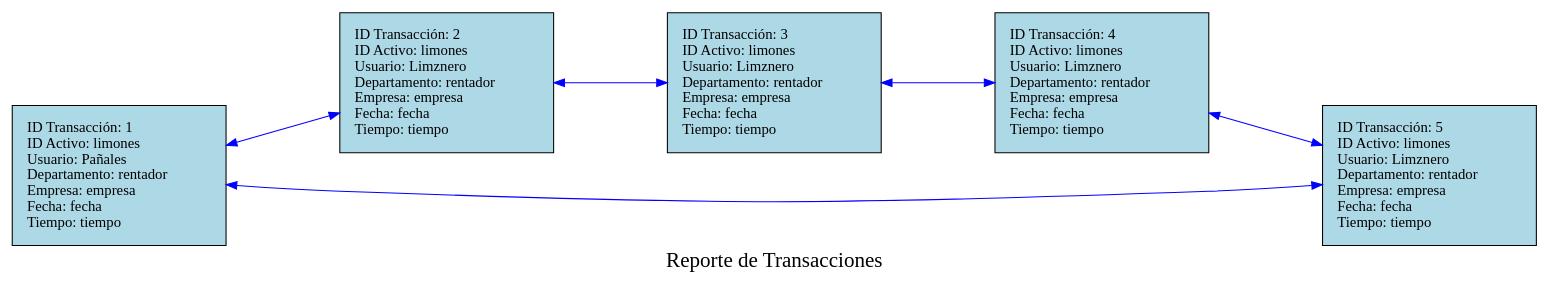
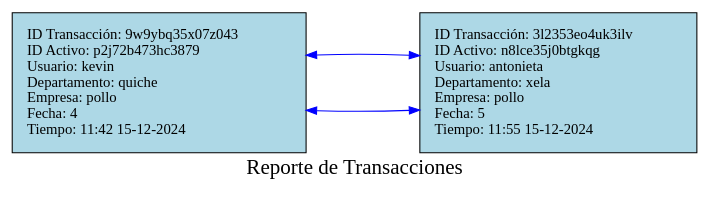
Before and after one commit to Ennero/EDD_Proyecto1_Vacas2_202302220: the diagram in Proyecto1/cmake-build-debug/reporteListaCircular.dot, drawn with Graphviz. The commit also changed 34 other files, not shown here.

```diff
--- a/Proyecto1/cmake-build-debug/reporteListaCircular.dot
+++ b/Proyecto1/cmake-build-debug/reporteListaCircular.dot
@@ -1,16 +1,10 @@
 digraph listita {
 rankdir=LR;node [shape=record, style=filled, fillcolor=lightblue, margin=0.2];
 edge [style=solid, color=blue];
 graph [ranksep=1.5, nodesep=1];
 graph [label="Reporte de Transacciones", fontsize=20, fontcolor=black];
-"1" [label="{ID Transacción: 1\lID Activo: limones\lUsuario: Pañales\lDepartamento: rentador\lEmpresa: empresa\lFecha: fecha\lTiempo: tiempo\l}"];
-"1" -> "2"[dir=both];
-"2" [label="{ID Transacción: 2\lID Activo: limones\lUsuario: Limznero\lDepartamento: rentador\lEmpresa: empresa\lFecha: fecha\lTiempo: tiempo\l}"];
-"2" -> "3"[dir=both];
-"3" [label="{ID Transacción: 3\lID Activo: limones\lUsuario: Limznero\lDepartamento: rentador\lEmpresa: empresa\lFecha: fecha\lTiempo: tiempo\l}"];
-"3" -> "4"[dir=both];
-"4" [label="{ID Transacción: 4\lID Activo: limones\lUsuario: Limznero\lDepartamento: rentador\lEmpresa: empresa\lFecha: fecha\lTiempo: tiempo\l}"];
-"4" -> "5"[dir=both];
-"5" [label="{ID Transacción: 5\lID Activo: limones\lUsuario: Limznero\lDepartamento: rentador\lEmpresa: empresa\lFecha: fecha\lTiempo: tiempo\l}"];
-"5" -> "1"[dir=both];
+"9w9ybq35x07z043" [label="{ID Transacción: 9w9ybq35x07z043\lID Activo: p2j72b473hc3879\lUsuario: kevin\lDepartamento: quiche\lEmpresa: pollo\lFecha: 4\lTiempo: 11:42 15-12-2024\l}"];
+"9w9ybq35x07z043" -> "3l2353eo4uk3ilv"[dir=both];
+"3l2353eo4uk3ilv" [label="{ID Transacción: 3l2353eo4uk3ilv\lID Activo: n8lce35j0btgkqg\lUsuario: antonieta\lDepartamento: xela\lEmpresa: pollo\lFecha: 5\lTiempo: 11:55 15-12-2024\l}"];
+"3l2353eo4uk3ilv" -> "9w9ybq35x07z043"[dir=both];
 }
```
